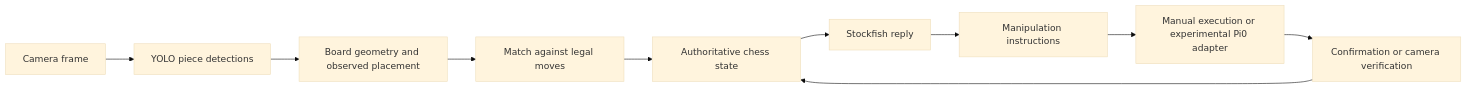
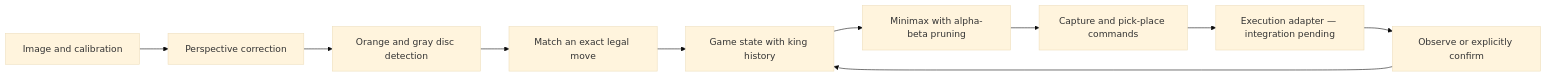
Before and after one commit to ichen27/lerobot-chess-player: the diagram in README.md, drawn with Mermaid (base theme). The commit also changed other lines of this file and 51 other files, not shown here.

````diff
--- a/README.md
+++ b/README.md
@@ -49,12 +42,12 @@
 ```mermaid
 flowchart LR
-    A[Camera frame] --> B[YOLO piece detections]
-    B --> C[Board geometry and observed placement]
-    C --> D[Match against legal moves]
-    D --> E[Authoritative chess state]
-    E --> F[Stockfish reply]
-    F --> G[Manipulation instructions]
-    G --> H[Manual execution or experimental Pi0 adapter]
-    H --> I[Confirmation or camera verification]
+    A[Image and calibration] --> B[Perspective correction]
+    B --> C[Orange and gray disc detection]
+    C --> D[Match an exact legal move]
+    D --> E[Game state with king history]
+    E --> F[Minimax with alpha-beta pruning]
+    F --> G[Capture and pick-place commands]
+    G --> H[Execution adapter — integration pending]
+    H --> I[Observe or explicitly confirm]
     I --> E
 ```
````
